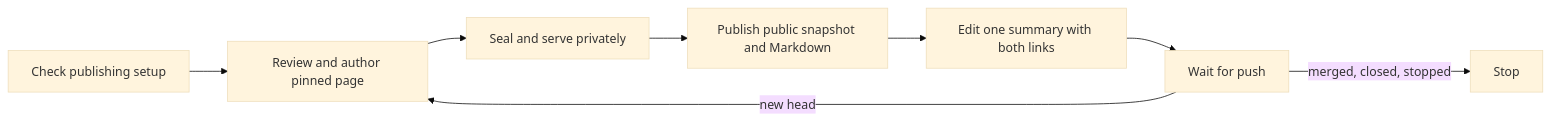
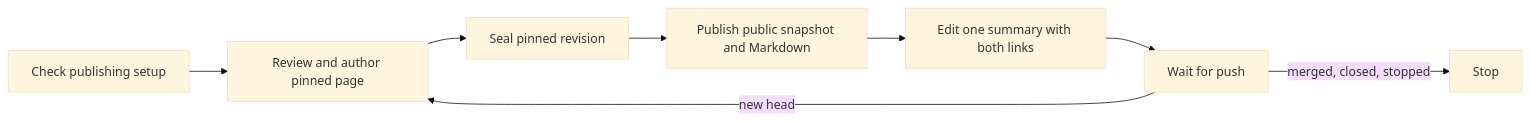
Before and after one commit to Thurbeen/thurview: the diagram in skills/thurview-pr-review/SKILL.md, drawn with Mermaid (base theme). The commit also changed other lines of this file and 5 other files, not shown here.

````diff
--- a/skills/thurview-pr-review/SKILL.md
+++ b/skills/thurview-pr-review/SKILL.md
@@ -20,10 +20,10 @@
 ```mermaid
 flowchart LR
   P[Check publishing setup] --> R[Review and author pinned page]
-  R --> L[Seal and serve privately]
+  R --> L[Seal pinned revision]
   L --> C[Publish public snapshot and Markdown]
   C --> S[Edit one summary with both links]
   S --> W[Wait for push]
   W -->|new head| R
   W -->|merged, closed, stopped| E[Stop]
 ```
````
